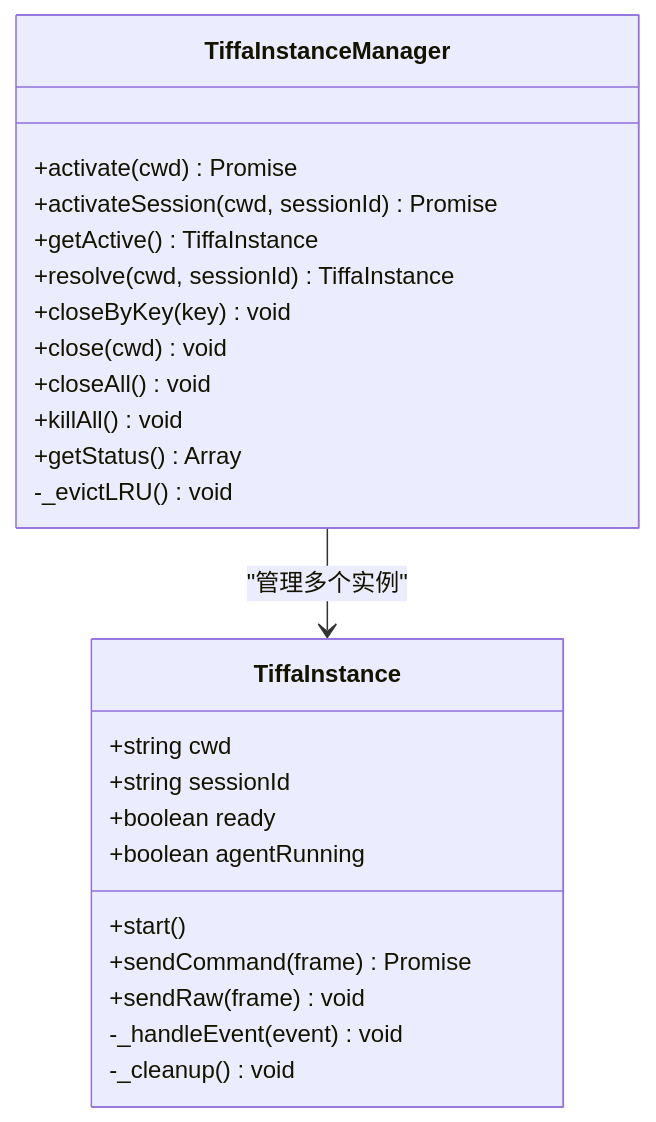
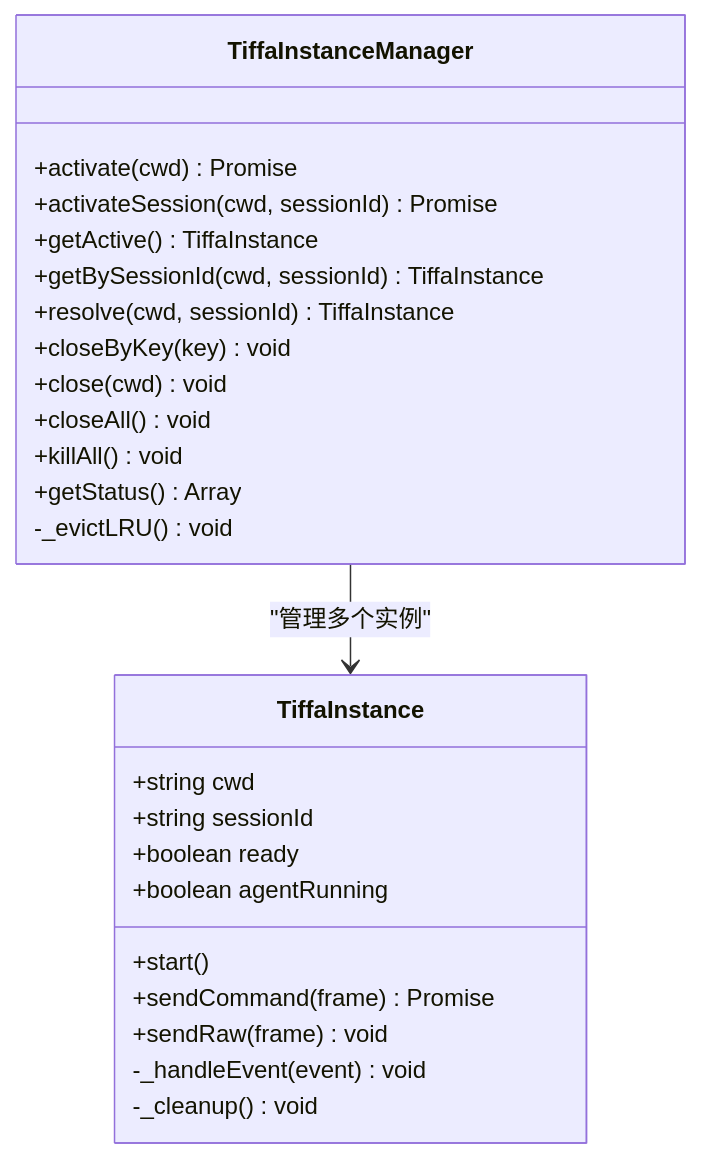
The third of 8 diagrams in .qoder/repowiki/zh/content/核心架构/IPC通信机制.md (swond-Mao/Tiffa), drawn with Mermaid before and after one commit. The commit also changed other lines of this file and 359 other files, not shown here.

````diff
--- a/.qoder/repowiki/zh/content/核心架构/IPC通信机制.md
+++ b/.qoder/repowiki/zh/content/核心架构/IPC通信机制.md
@@ -110,27 +139,28 @@
 ```mermaid
 classDiagram
 class TiffaInstance {
 +string cwd
 +string sessionId
 +boolean ready
 +boolean agentRunning
 +start()
 +sendCommand(frame) Promise
 +sendRaw(frame) void
 -_handleEvent(event) void
 -_cleanup() void
 }
 class TiffaInstanceManager {
 +activate(cwd) Promise
 +activateSession(cwd, sessionId) Promise
 +getActive() TiffaInstance
++getBySessionId(cwd, sessionId) TiffaInstance
 +resolve(cwd, sessionId) TiffaInstance
 +closeByKey(key) void
 +close(cwd) void
 +closeAll() void
 +killAll() void
 +getStatus() Array
 -_evictLRU() void
 }
 TiffaInstanceManager --> TiffaInstance : "管理多个实例"
 ```
````
